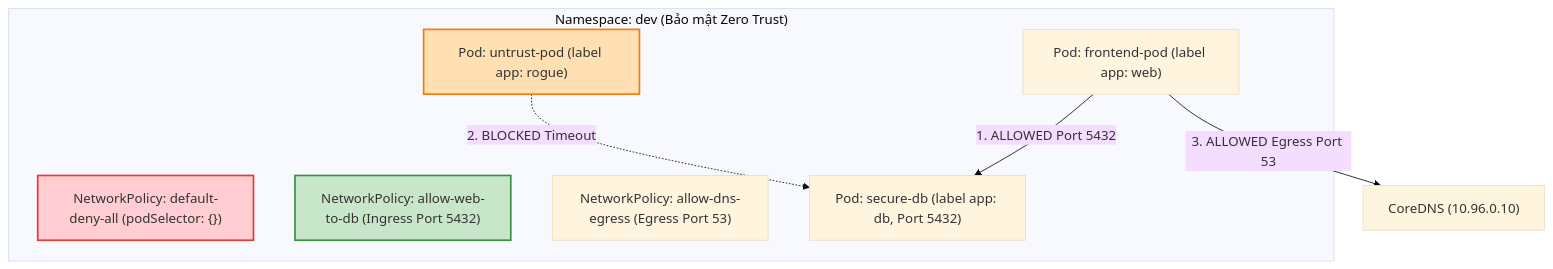
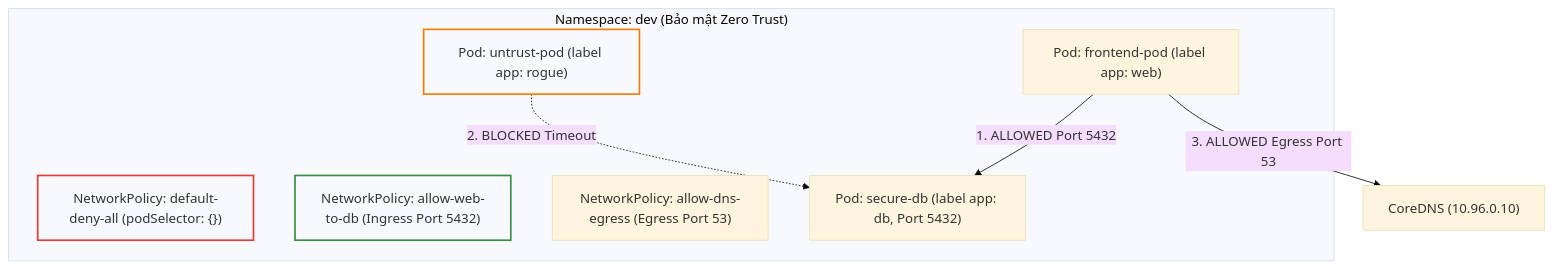
The third of 3 diagrams in _posts/2026-09-12-cka-25-25-networkpolicy.md (kiennt308/ntk), drawn with Mermaid (base theme) before and after one commit. The commit also changed other lines of this file and 207 other files, not shown here.

Commit message:
feat(posts): batch standardize all 208 posts with TL;DR, qa-card accordion, fill:none mermaid, and liquid raw wrappers

````diff
--- a/_posts/2026-09-12-cka-25-25-networkpolicy.md
+++ b/_posts/2026-09-12-cka-25-25-networkpolicy.md
@@ -514,20 +518,20 @@
 ```mermaid
 graph TD
     subgraph Dev_Namespace ["Namespace: dev (Bảo mật Zero Trust)"]
         DEFAULT_DENY["NetworkPolicy: default-deny-all (podSelector: {})"]
         ALLOW_DB["NetworkPolicy: allow-web-to-db (Ingress Port 5432)"]
         ALLOW_DNS["NetworkPolicy: allow-dns-egress (Egress Port 53)"]
 
         POD_FRONT["Pod: frontend-pod (label app: web)"]
         POD_UNTRUST["Pod: untrust-pod (label app: rogue)"]
         POD_DB["Pod: secure-db (label app: db, Port 5432)"]
     end
 
     POD_FRONT -->|1. ALLOWED Port 5432| POD_DB
     POD_UNTRUST -.->|2. BLOCKED Timeout| POD_DB
     POD_FRONT -->|3. ALLOWED Egress Port 53| COREDNS["CoreDNS (10.96.0.10)"]
 
-    style DEFAULT_DENY fill:#ffcdd2,stroke:#e53935,stroke-width:2px
-    style ALLOW_DB fill:#c8e6c9,stroke:#388e3c,stroke-width:2px
-    style POD_UNTRUST fill:#ffe0b2,stroke:#f57c00,stroke-width:2px
+    style DEFAULT_DENY fill:none,stroke:#e53935,stroke-width:2px
+    style ALLOW_DB fill:none,stroke:#388e3c,stroke-width:2px
+    style POD_UNTRUST fill:none,stroke:#f57c00,stroke-width:2px
 ```
````
